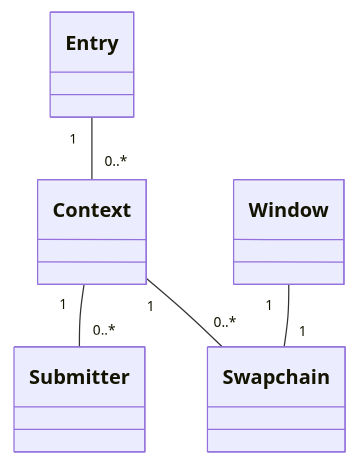
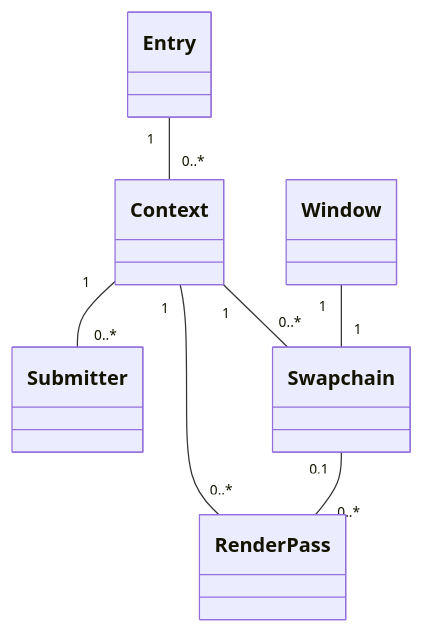
Before and after one commit to Tengu712/ash-2dgame-template: the diagram in README.md, drawn with Mermaid.

````diff
--- a/README.md
+++ b/README.md
@@ -32,13 +32,16 @@
 ```mermaid
 classDiagram
     class Entry
     class Context
+    class Submitter
+    class RenderPass
     class Window
     class Swapchain
-    class Submitter
 
     Entry "1" -- "0..*" Context
     Context "1" -- "0..*" Submitter
+    Context "1" -- "0..*" RenderPass
     Context "1" -- "0..*" Swapchain
     Window "1" -- "1" Swapchain
+    Swapchain "0,1" -- "0..*" RenderPass
 ```
````
